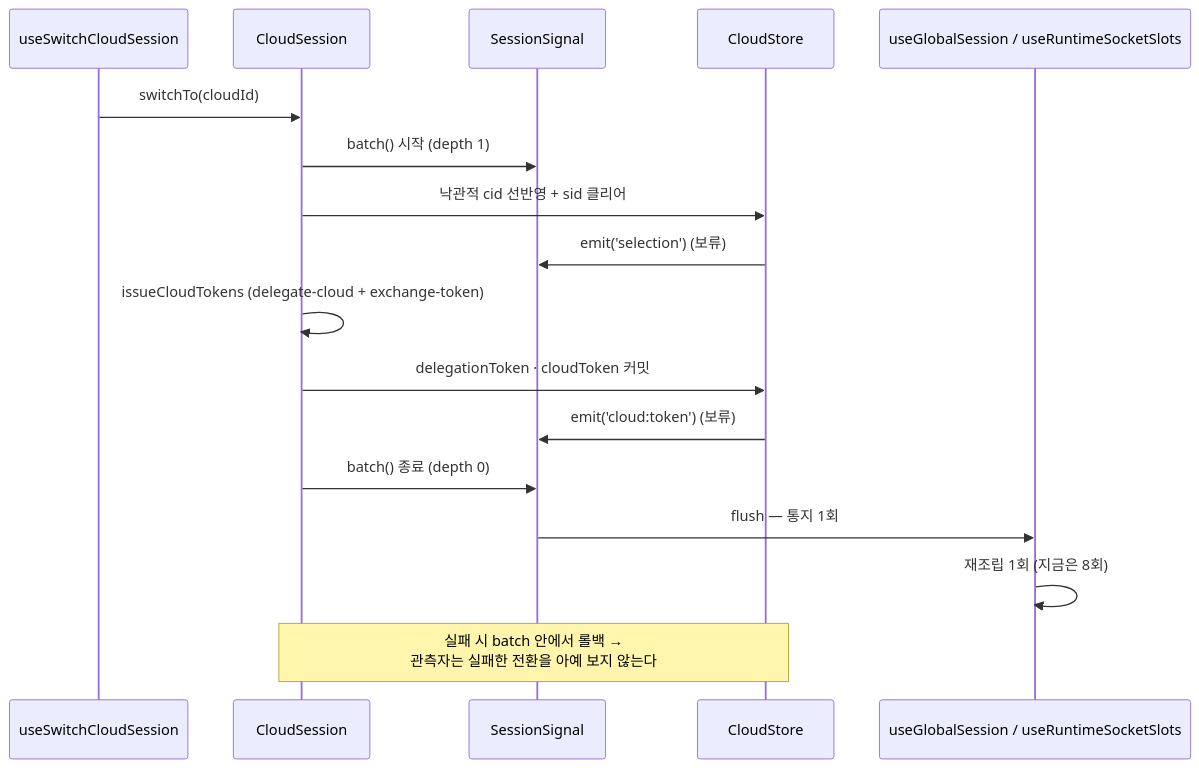
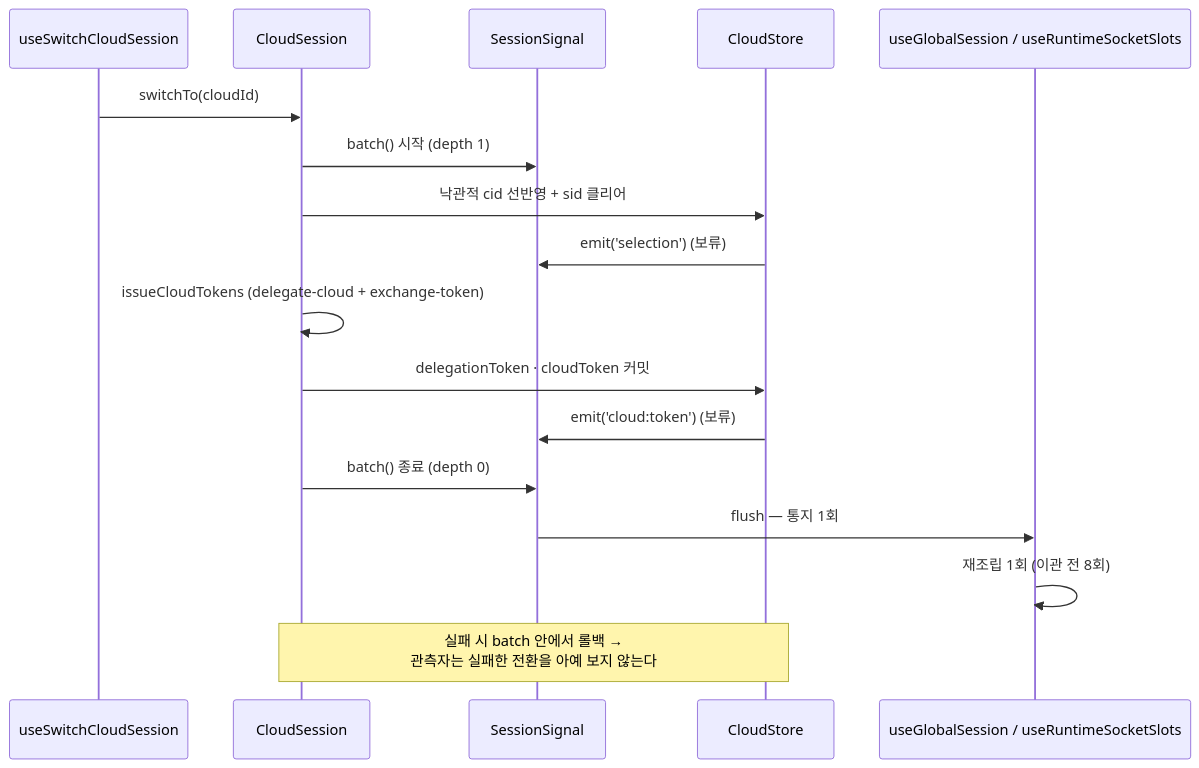
The third of 3 diagrams in libs/app-runtime/docs/architecture.md (lemoncloud-io/dou-app), drawn with Mermaid before and after one commit. The commit also changed other lines of this file and 91 other files, not shown here.

````diff
--- a/libs/app-runtime/docs/architecture.md
+++ b/libs/app-runtime/docs/architecture.md
@@ -244,21 +245,21 @@
 ```mermaid
 sequenceDiagram
     participant UI as useSwitchCloudSession
     participant CS as CloudSession
     participant Sig as SessionSignal
     participant Store as CloudStore
     participant Obs as useGlobalSession / useRuntimeSocketSlots
 
     UI->>CS: switchTo(cloudId)
     CS->>Sig: batch() 시작 (depth 1)
     CS->>Store: 낙관적 cid 선반영 + sid 클리어
     Store->>Sig: emit('selection')  (보류)
     CS->>CS: issueCloudTokens (delegate-cloud + exchange-token)
     CS->>Store: delegationToken · cloudToken 커밋
     Store->>Sig: emit('cloud:token') (보류)
     CS->>Sig: batch() 종료 (depth 0)
     Sig->>Obs: flush — 통지 1회
-    Obs->>Obs: 재조립 1회 (지금은 8회)
+    Obs->>Obs: 재조립 1회 (이관 전 8회)
 
     Note over CS,Store: 실패 시 batch 안에서 롤백 →<br/>관측자는 실패한 전환을 아예 보지 않는다
 ```
````
